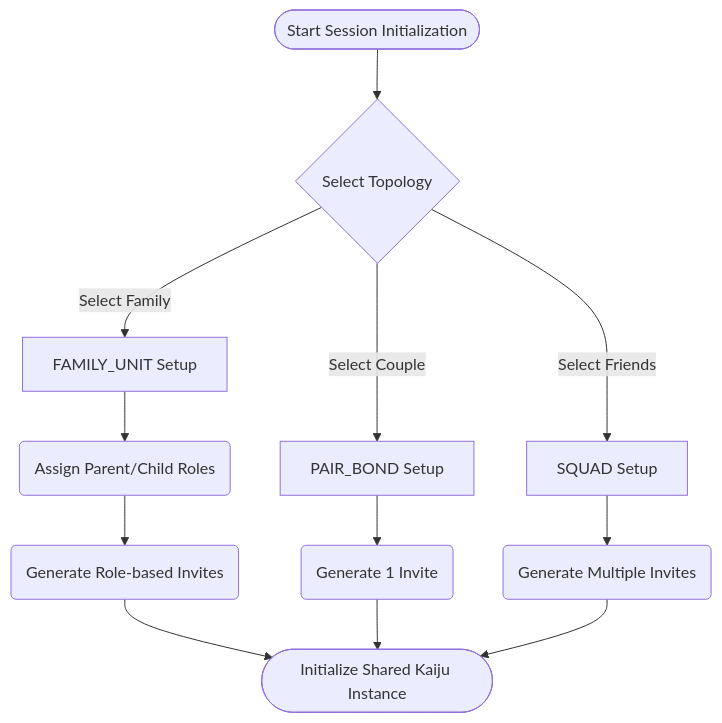
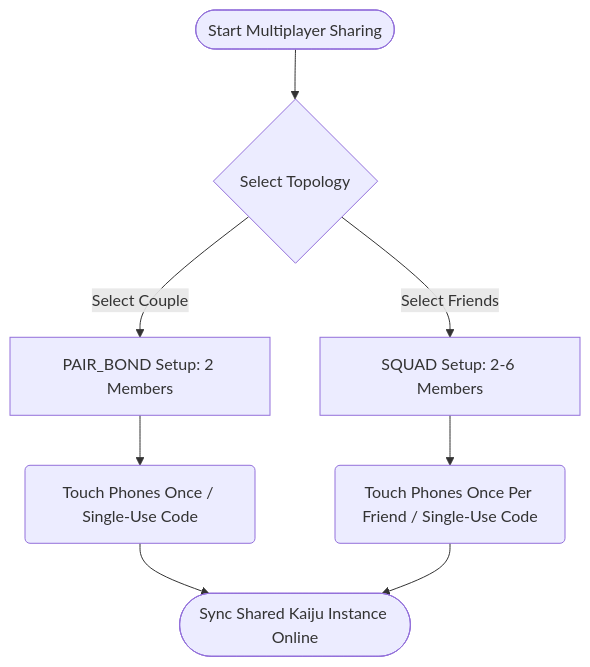
The first of 2 diagrams in Documentation/Multiplayer/02-group-types-and-targeting.md (TheMrCorvy/HATCH.REF), drawn with Mermaid before and after one commit. The commit also changed other lines of this file and 55 other files, not shown here.

````diff
--- a/Documentation/Multiplayer/02-group-types-and-targeting.md
+++ b/Documentation/Multiplayer/02-group-types-and-targeting.md
@@ -80,17 +70,13 @@
 ```mermaid
 flowchart TD
-    Start([Start Session Initialization]) --> AdminSelect{Select Topology}
+    Start([Start Multiplayer Sharing]) --> AdminSelect{Select Topology}
     
-    AdminSelect -->|Select Couple| Couple[PAIR_BOND Setup]
-    AdminSelect -->|Select Family| Family[FAMILY_UNIT Setup]
-    AdminSelect -->|Select Friends| Friends[SQUAD Setup]
+    AdminSelect -->|Select Couple| Couple[PAIR_BOND Setup: 2 Members]
+    AdminSelect -->|Select Friends| Friends[SQUAD Setup: 2-6 Members]
     
-    Couple --> SendInvites(Generate 1 Invite)
-    Family --> RoleSelect(Assign Parent/Child Roles)
-    Friends --> SquadInvites(Generate Multiple Invites)
+    Couple --> TouchPair(Touch Phones Once / Single-Use Code)
+    Friends --> SquadPair(Touch Phones Once Per Friend / Single-Use Code)
     
-    RoleSelect --> SendInvitesFam(Generate Role-based Invites)
-    SendInvitesFam --> Finalize([Initialize Shared Kaiju Instance])
-    SendInvites --> Finalize
-    SquadInvites --> Finalize
+    TouchPair --> Finalize([Sync Shared Kaiju Instance Online])
+    SquadPair --> Finalize
 ```
````
